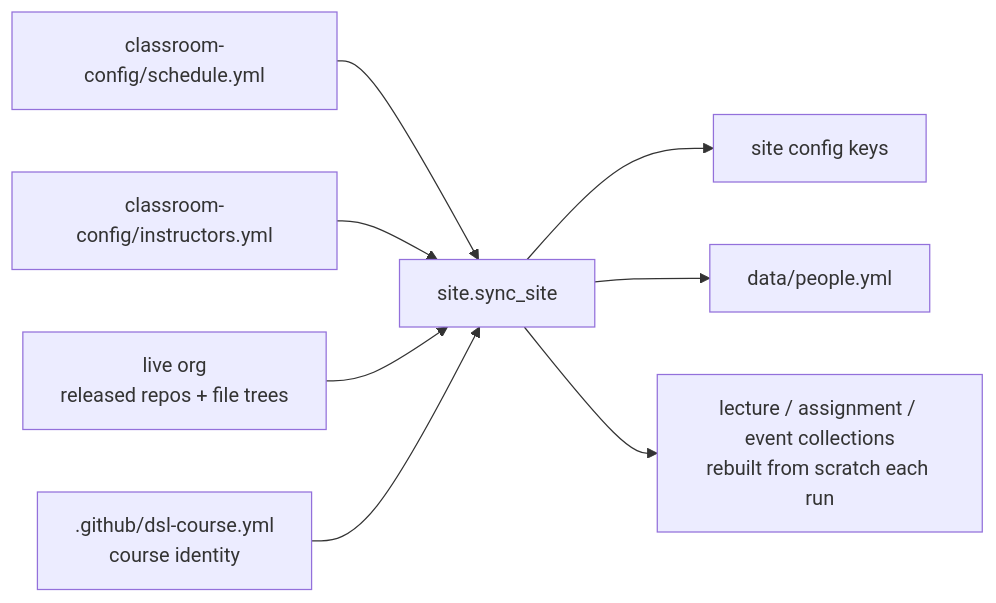
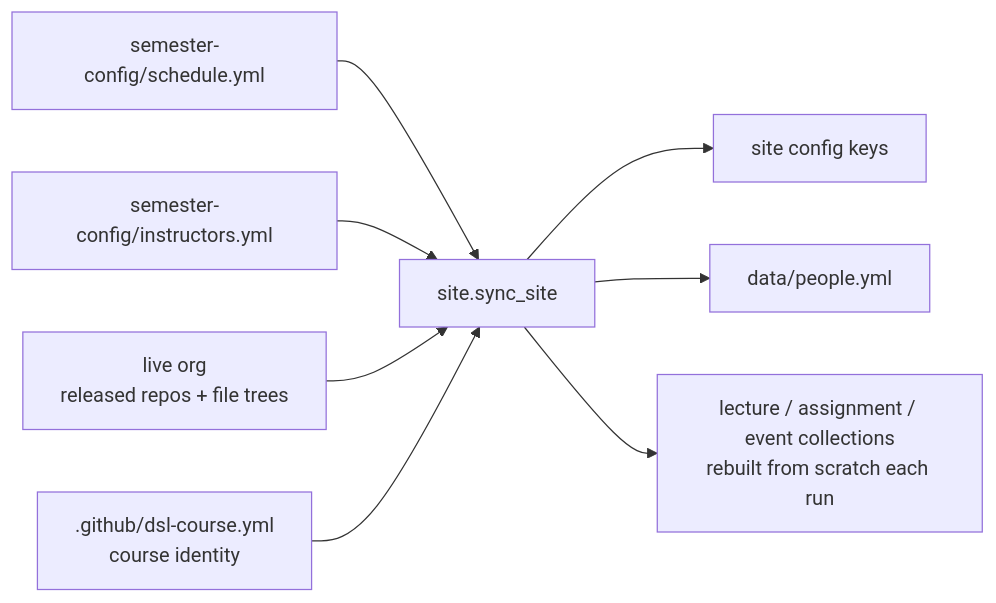
The tenth of 10 diagrams in docs-admin-arch/architecture.md (hertie-data-science-lab/dsl-teaching-toolkit), drawn with Mermaid before and after one commit. The commit also changed other lines of this file and 125 other files, not shown here.

Commit message:
refactor(layout): rename classroom-config to semester-config

````diff
--- a/docs-admin-arch/architecture.md
+++ b/docs-admin-arch/architecture.md
@@ -629,13 +629,13 @@
 ```mermaid
 flowchart LR
-  sch["classroom-config/schedule.yml"] --> sync["site.sync_site"]
-  ppl["classroom-config/instructors.yml"] --> sync
+  sch["semester-config/schedule.yml"] --> sync["site.sync_site"]
+  ppl["semester-config/instructors.yml"] --> sync
   live["`live org
 released repos + file trees`"] --> sync
   meta["`.github/dsl-course.yml
 course identity`"] --> sync
   sync --> cfg["site config keys"]
   sync --> dat["data/people.yml"]
   sync --> col["`lecture / assignment / event collections
 rebuilt from scratch each run`"]
 ```
````
